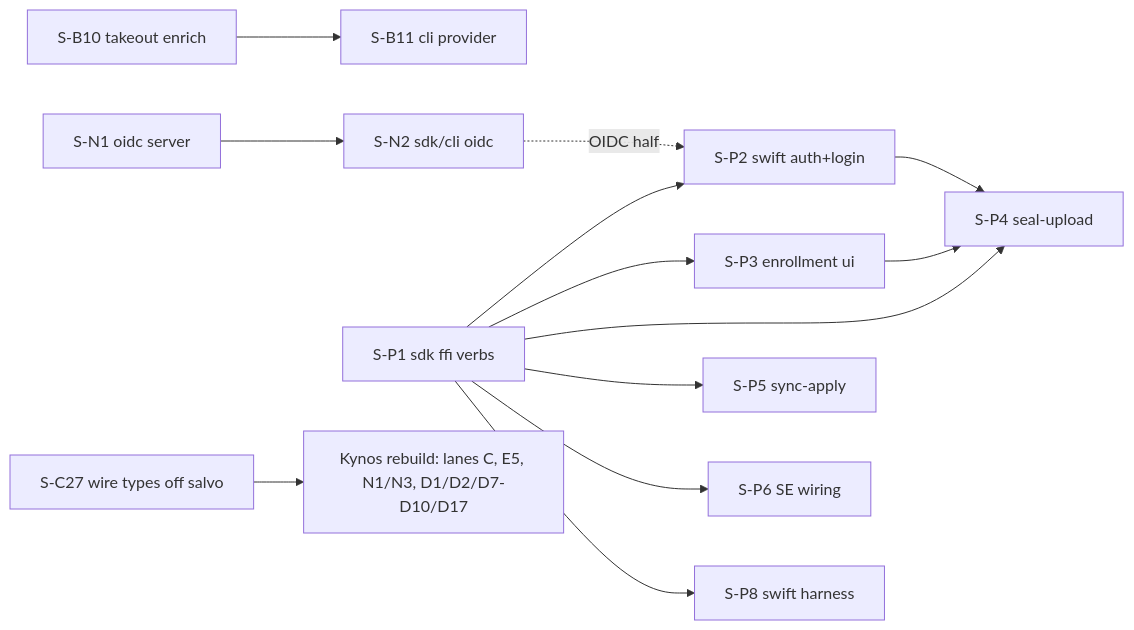
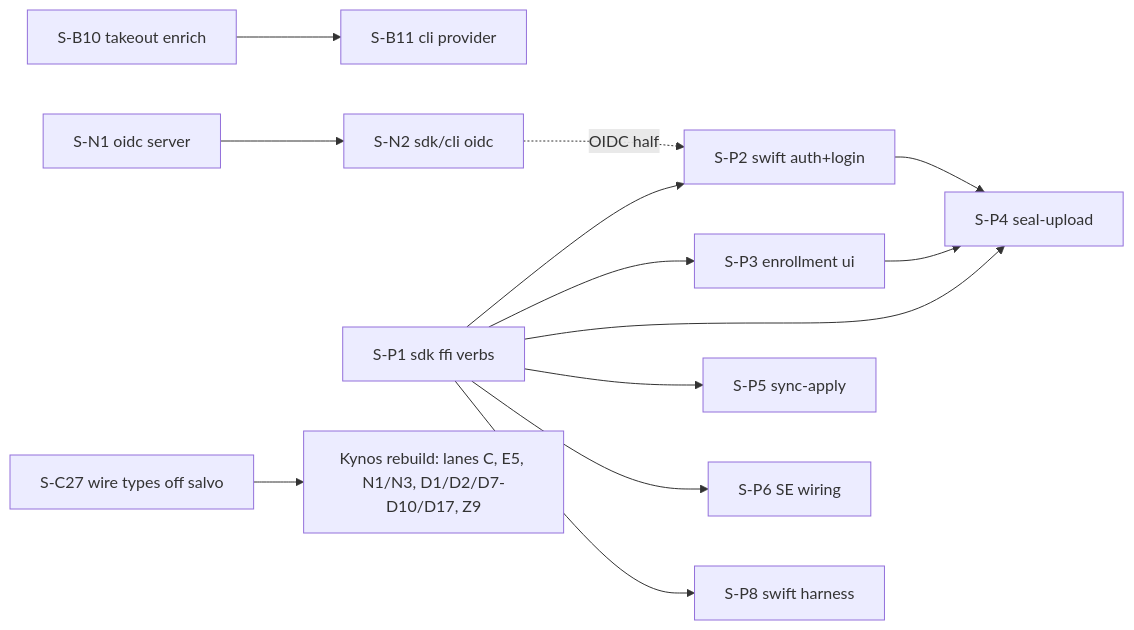
The diagram in SLICES.md (Capsulsaurus/Capsule), drawn with Mermaid before and after one commit. The commit also changed other lines of this file, not shown here.

````diff
--- a/SLICES.md
+++ b/SLICES.md
@@ -323,15 +328,15 @@
 ```mermaid
 graph LR
   B10[S-B10 takeout enrich] --> B11[S-B11 cli provider]
   N1[S-N1 oidc server] --> N2[S-N2 sdk/cli oidc]
   P1[S-P1 sdk ffi verbs] --> P2[S-P2 swift auth+login]
   P1 --> P3[S-P3 enrollment ui]
   P1 --> P4[S-P4 seal-upload]
   P2 --> P4
   P3 --> P4
   P1 --> P5[S-P5 sync-apply]
   P1 --> P6[S-P6 SE wiring]
   P1 --> P8[S-P8 swift harness]
   N2 -.OIDC half.-> P2
-  C27[S-C27 wire types off salvo] --> KYNOS[Kynos rebuild: lanes C, E5, N1/N3, D1/D2/D7-D10/D17]
+  C27[S-C27 wire types off salvo] --> KYNOS[Kynos rebuild: lanes C, E5, N1/N3, D1/D2/D7-D10/D17, Z9]
 ```
````
